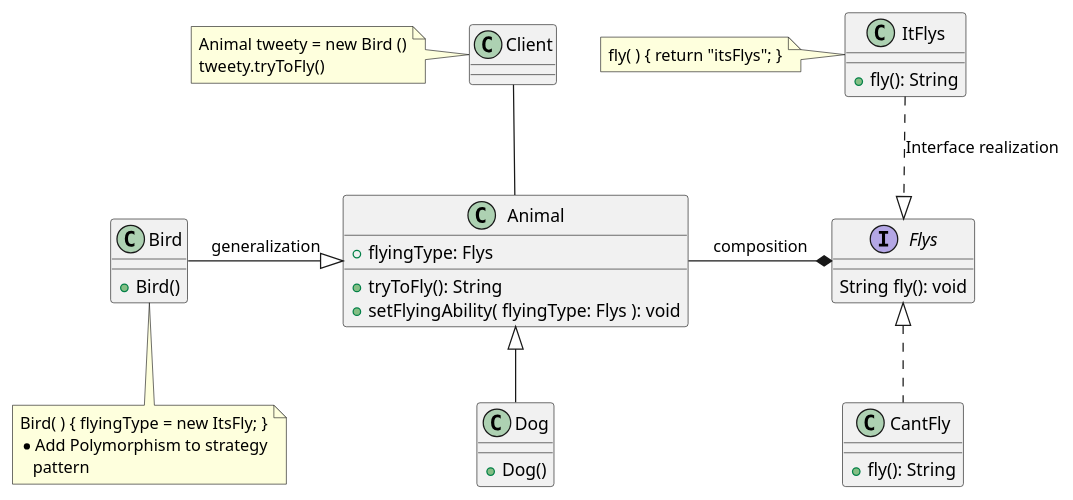
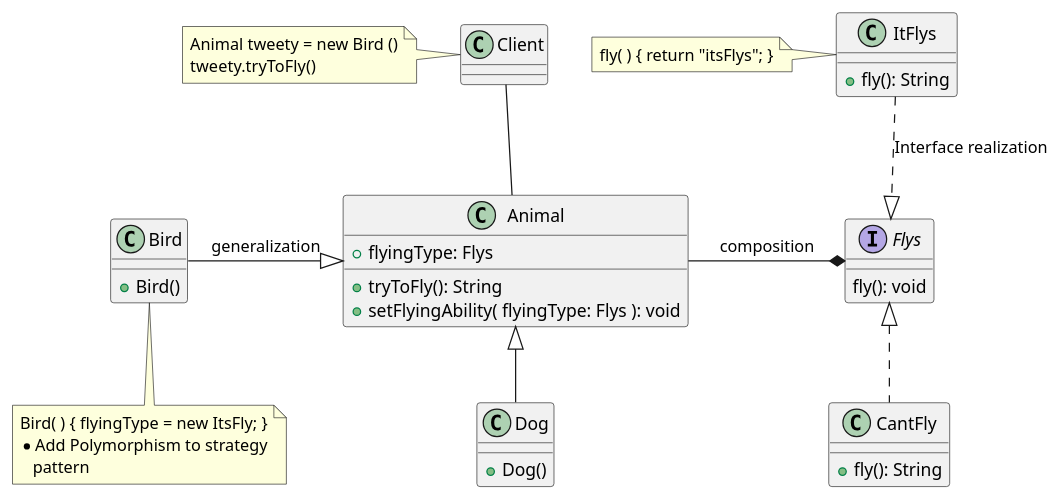
The diagram in src/main/java/Strategie/Animal/README.md (yvanross/LOG121-GOF-exemples), drawn with PlantUML before and after one commit.

Commit message:
ReadMe fix Strategy/Animal Typo

````diff
--- a/src/main/java/Strategie/Animal/README.md
+++ b/src/main/java/Strategie/Animal/README.md
@@ -3,42 +3,42 @@
 ```plantuml
 @startuml
 
 class Client
 
 class Animal{
     + flyingType: Flys
     + tryToFly(): String
     + setFlyingAbility( flyingType: Flys ): void
 }
 class Bird {
 +Bird()
 }
 class Dog extends Animal {
 +Dog()
 }
 class ItFlys{
     + fly(): String
 }
 class CantFly implements Flys{
     + fly(): String
 }
 
 
 interface Flys{
-    String fly(): void
+    fly(): void
 }
 
 ItFlys ..|> Flys : Interface realization
 Animal -* Flys:composition
 Bird -|> Animal :generalization
 
 Client -- Animal
 
 note bottom of Bird : Bird( ) { flyingType = new ItsFly; }\n*Add Polymorphism to strategy\n   pattern
 
 note left of ItFlys : fly( ) { return "itsFlys"; }
 
 note left of Client :  Animal tweety = new Bird ()\ntweety.tryToFly()
 
 @enduml
 ```
````
